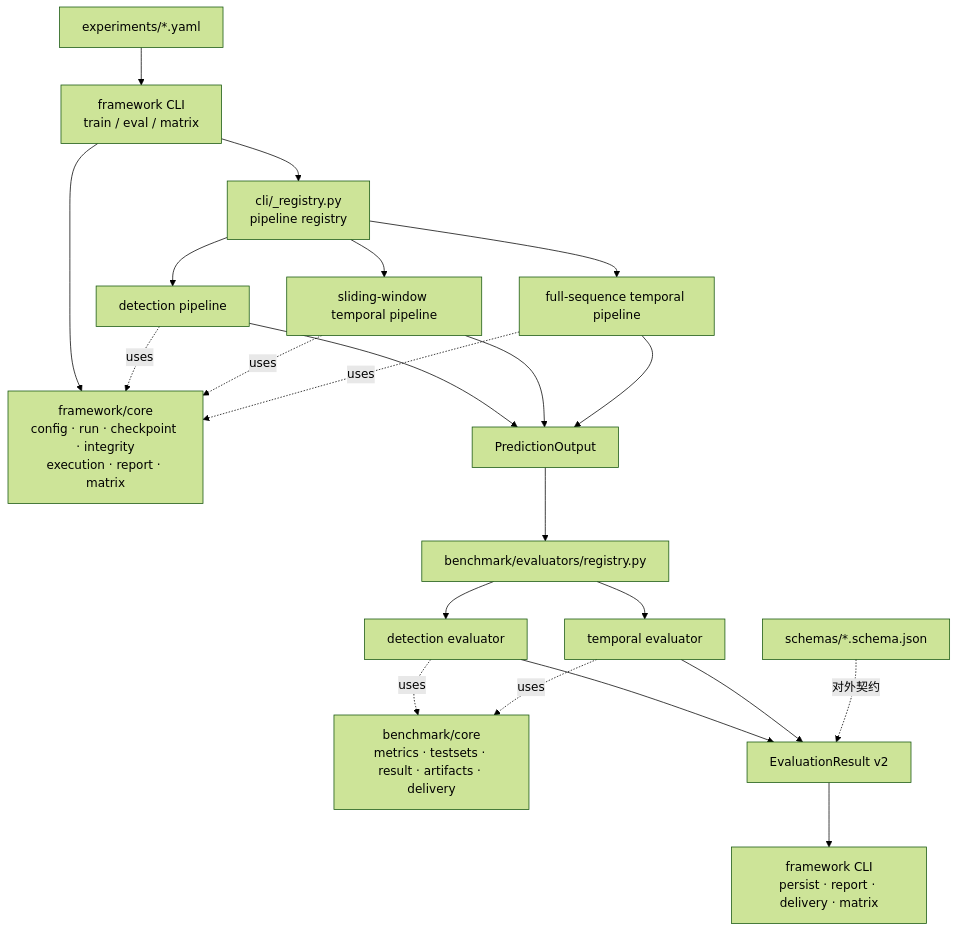
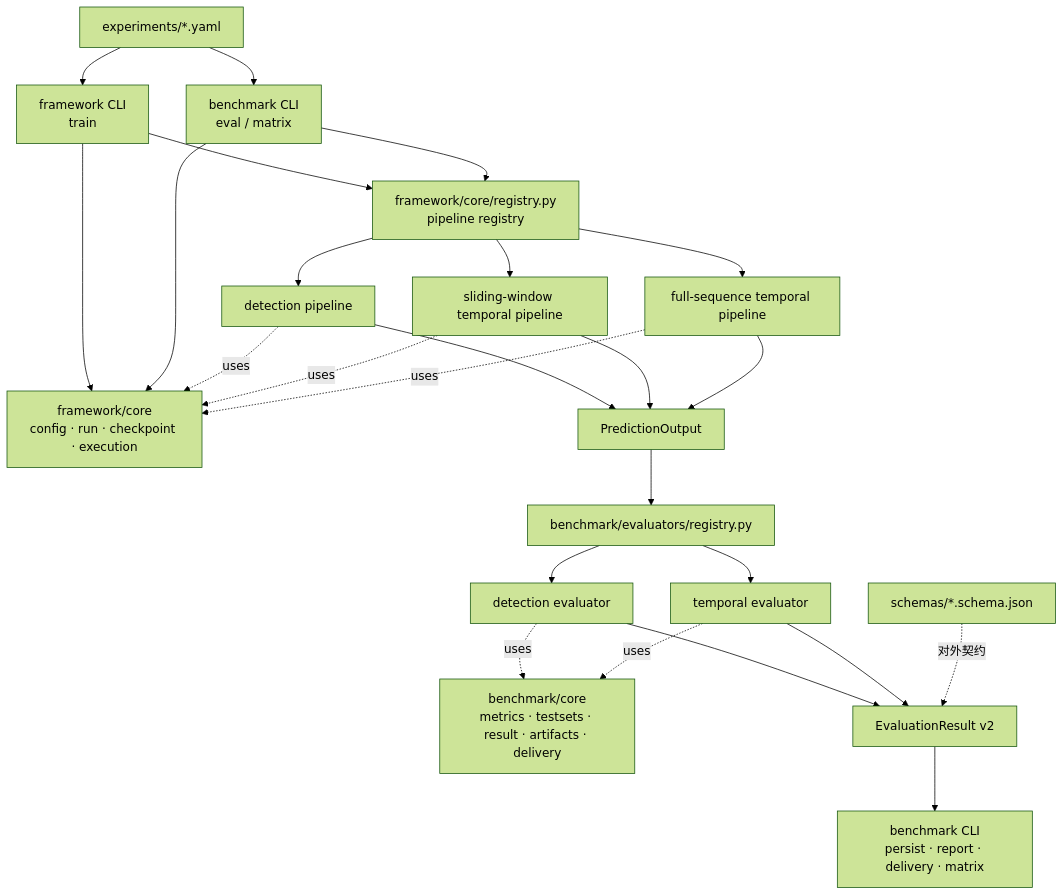
Before and after one commit to siu7u/Cleansight_models: the second of 4 diagrams in README.md, drawn with Mermaid (forest theme). The commit also changed other lines of this file and 56 other files, not shown here.

First line of the commit message:
refactor(eval): 将评测能力统一迁移至 benchmark

````diff
--- a/README.md
+++ b/README.md
@@ -86,28 +86,31 @@
 ```mermaid
 flowchart TB
-    CFG["experiments/*.yaml"] --> CLI["framework CLI<br/>train / eval / matrix"]
-    CLI --> PREG["cli/_registry.py<br/>pipeline registry"]
-    CLI --> CORE["framework/core<br/>config · run · checkpoint · integrity<br/>execution · report · matrix"]
+    CFG["experiments/*.yaml"] --> TRAIN["framework CLI<br/>train"]
+    CFG --> EVAL["benchmark CLI<br/>eval / matrix"]
+    TRAIN --> PREG["framework/core/registry.py<br/>pipeline registry"]
+    EVAL --> PREG
+    TRAIN --> CORE["framework/core<br/>config · run · checkpoint · execution"]
+    EVAL --> CORE
 
     PREG --> DP["detection pipeline"]
     PREG --> SP["sliding-window temporal pipeline"]
     PREG --> FP["full-sequence temporal pipeline"]
     DP -. uses .-> CORE
     SP -. uses .-> CORE
     FP -. uses .-> CORE
 
     DP --> PO["PredictionOutput"]
     SP --> PO
     FP --> PO
 
     PO --> EREG["benchmark/evaluators/registry.py"]
     EREG --> DE["detection evaluator"]
     EREG --> TE["temporal evaluator"]
 
     DE -. uses .-> BC["benchmark/core<br/>metrics · testsets · result · artifacts · delivery"]
     TE -. uses .-> BC
     DE --> ER["EvaluationResult v2"]
     TE --> ER
-    ER --> PERSIST["framework CLI<br/>persist · report · delivery · matrix"]
+    ER --> PERSIST["benchmark CLI<br/>persist · report · delivery · matrix"]
     SCHEMA["schemas/*.schema.json"] -. 对外契约 .-> ER
 ```
````
